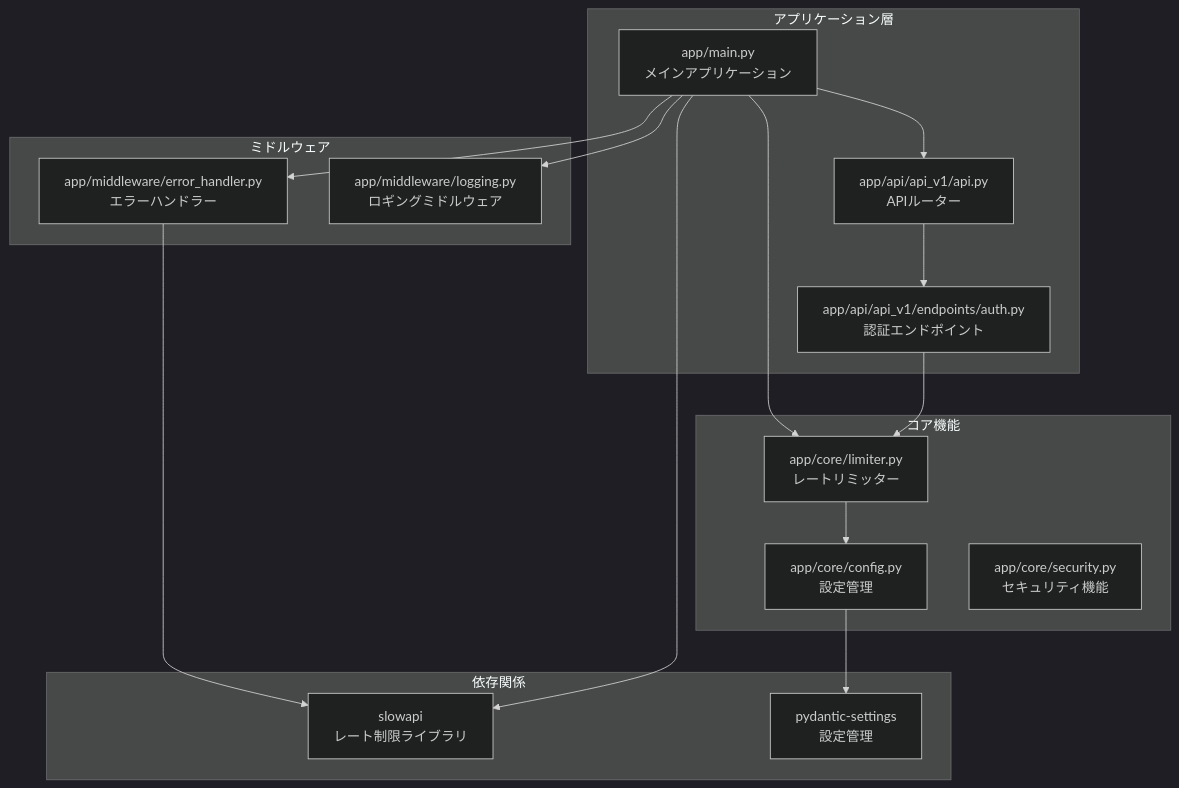
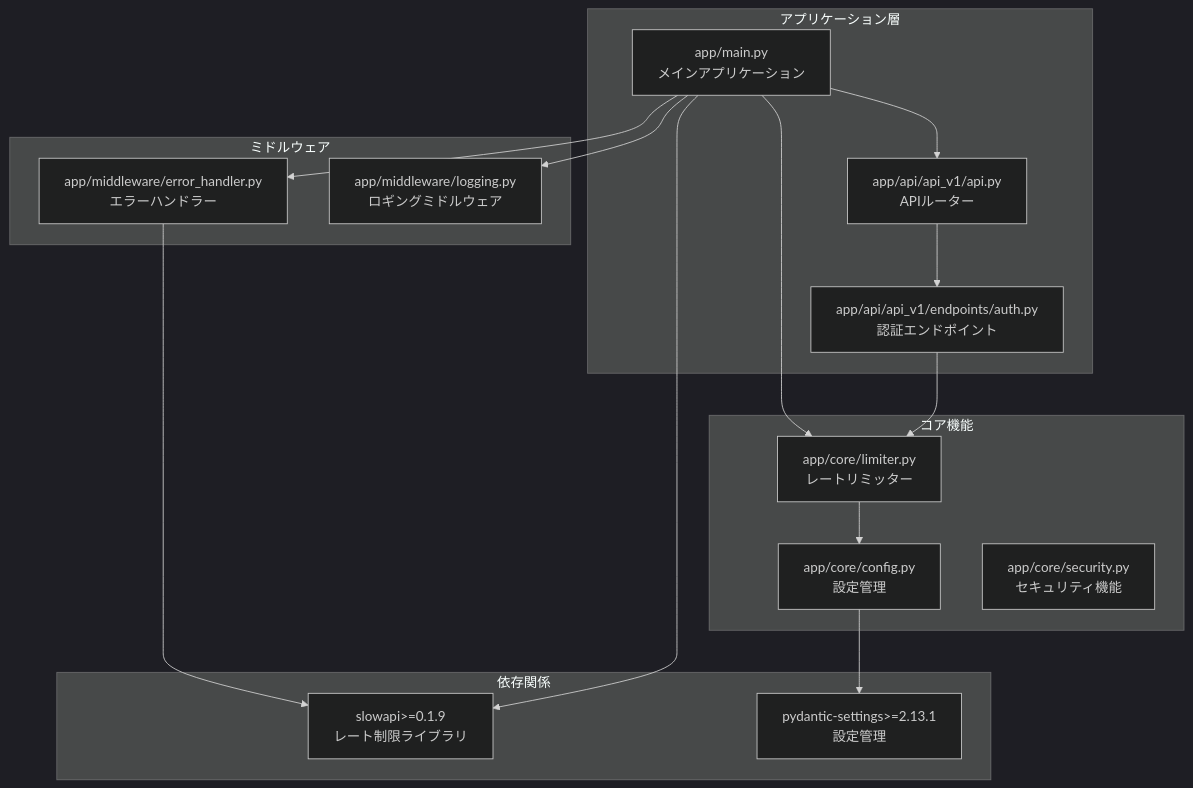
Before and after one commit to ss8806/Todos: the first of 8 diagrams in .qoder/repowiki/ja/content/セキュリティ対策/レート制限/レート制限.md, drawn with Mermaid (dark theme). The commit also changed other lines of this file and 38 other files, not shown here.

````diff
--- a/.qoder/repowiki/ja/content/セキュリティ対策/レート制限/レート制限.md
+++ b/.qoder/repowiki/ja/content/セキュリティ対策/レート制限/レート制限.md
@@ -34,31 +40,31 @@
 ```mermaid
 graph TB
 subgraph "アプリケーション層"
 MAIN[app/main.py<br/>メインアプリケーション]
 API[app/api/api_v1/api.py<br/>APIルーター]
 AUTH[app/api/api_v1/endpoints/auth.py<br/>認証エンドポイント]
 end
 subgraph "コア機能"
 CONFIG[app/core/config.py<br/>設定管理]
 LIMITER[app/core/limiter.py<br/>レートリミッター]
 SECURITY[app/core/security.py<br/>セキュリティ機能]
 end
 subgraph "ミドルウェア"
 ERROR_HANDLER[app/middleware/error_handler.py<br/>エラーハンドラー]
 LOGGING_MW[app/middleware/logging.py<br/>ロギングミドルウェア]
 end
 subgraph "依存関係"
-SLOWAPI[slowapi<br/>レート制限ライブラリ]
-PYDANTIC[pydantic-settings<br/>設定管理]
+SLOWAPI[slowapi>=0.1.9<br/>レート制限ライブラリ]
+PYDANTIC[pydantic-settings>=2.13.1<br/>設定管理]
 end
 MAIN --> API
 API --> AUTH
 MAIN --> ERROR_HANDLER
 MAIN --> LOGGING_MW
 MAIN --> LIMITER
 LIMITER --> CONFIG
 AUTH --> LIMITER
 ERROR_HANDLER --> SLOWAPI
 MAIN --> SLOWAPI
 CONFIG --> PYDANTIC
 ```
````
